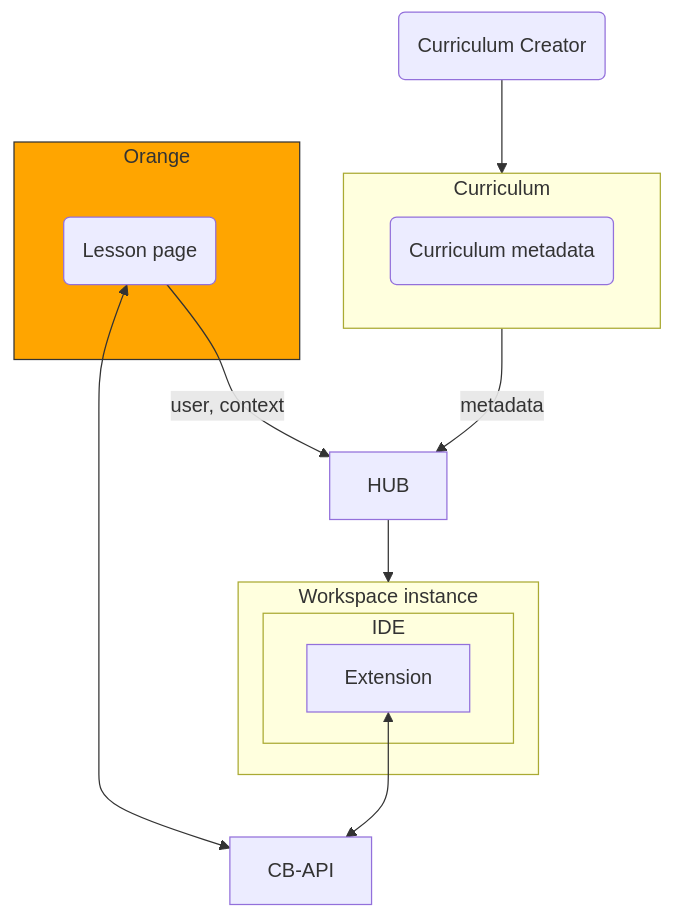
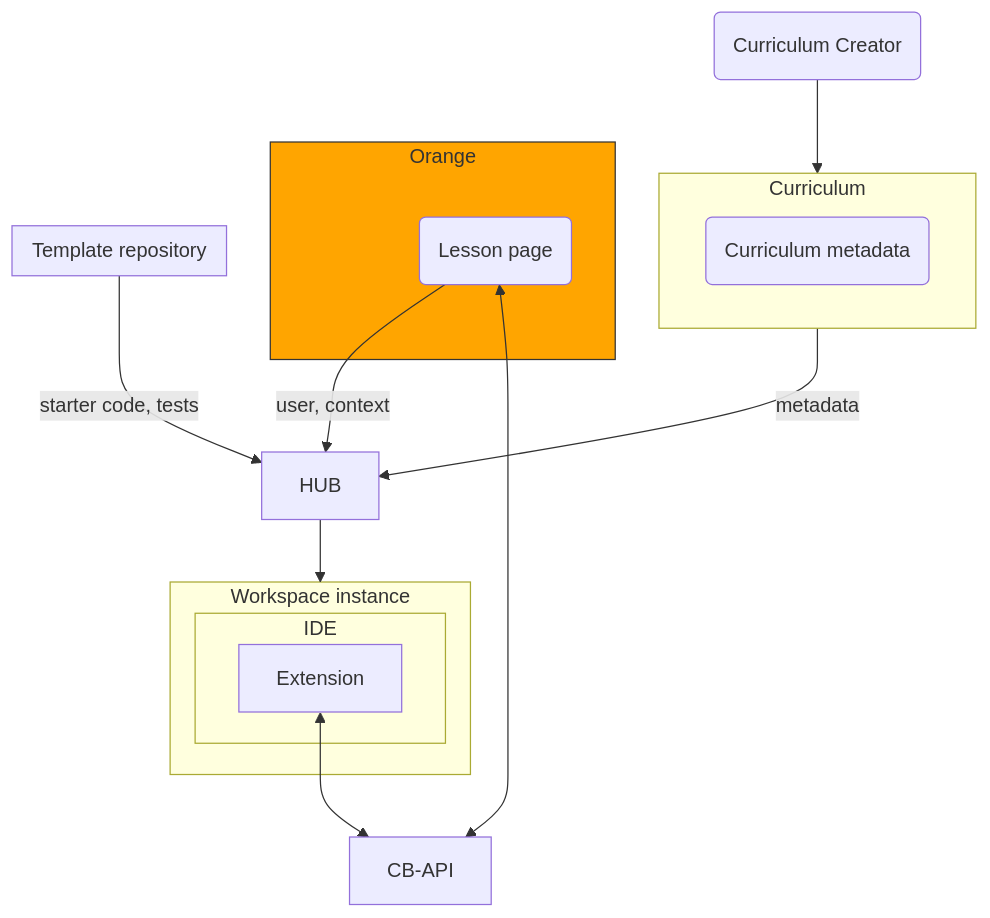
The diagram in README.md (CodeBerrySchool/Toolkit-flowcharts), drawn with Mermaid before and after one commit. The commit also changed other lines of this file, not shown here.

Commit message:
Add template repositories

````diff
--- a/README.md
+++ b/README.md
@@ -3,26 +3,30 @@
 ```mermaid
 flowchart TB
   
   subgraph Orange
     Lesson(Lesson page)
   end
   
   subgraph Workspace [Workspace instance]
     subgraph IDE
       Extension
     end
   end
   
   subgraph Curriculum
     id1(Curriculum metadata)
   end
+
+  subgraph Templates [Template repository]
+  end
   
   Creator(Curriculum Creator) --> Curriculum
   Extension <--> CB-API
   Lesson --> |user, context| HUB
   Lesson <--> CB-API
   HUB --> Workspace
   Curriculum --> |metadata| HUB
+  Templates --> |starter code, tests| HUB
   
   style Orange fill:#FFA500,stroke:#333
 ```
````
